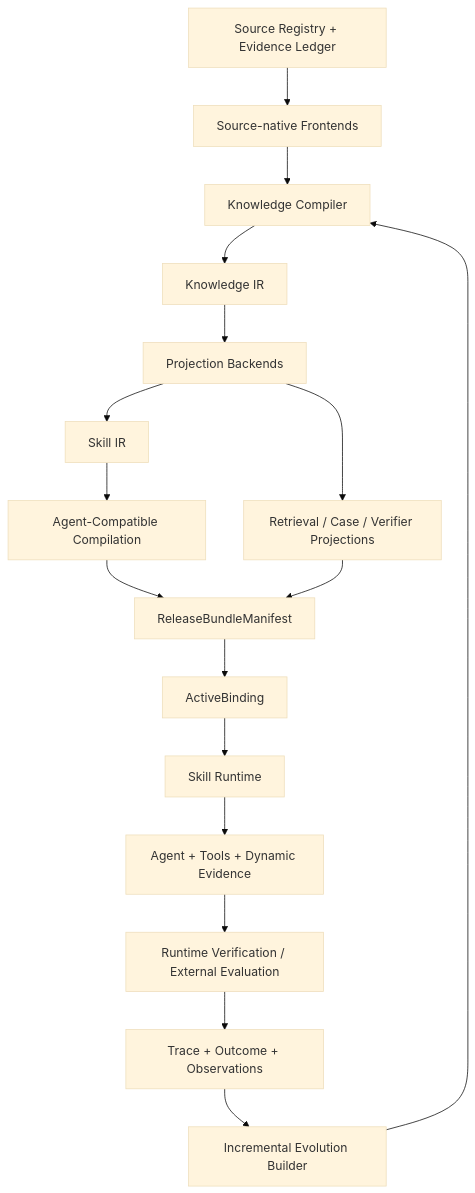
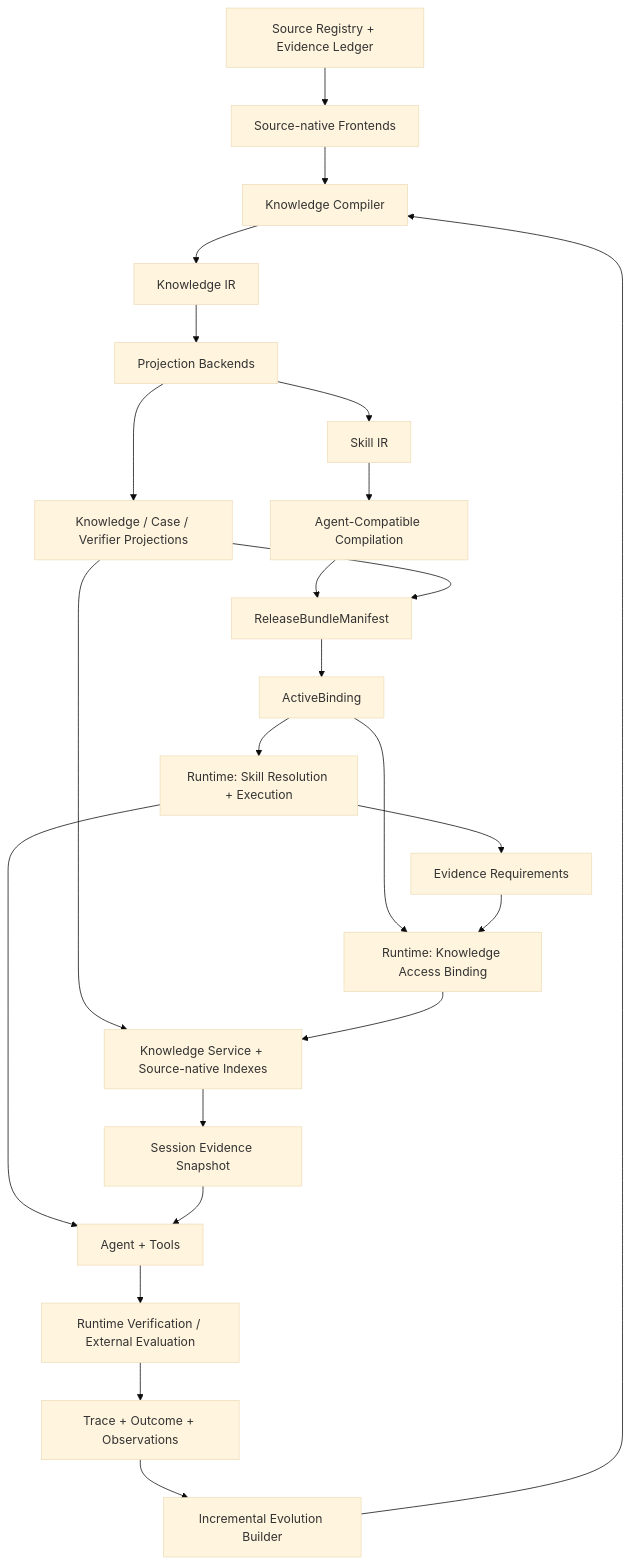
The diagram in docs/design_v03/SYSTEM_ARCHITECTURE_FREEZE_V1.md (qqnnhhdmpc666/expert-skill-distillation-prototype), drawn with Mermaid (base theme) before and after one commit. The commit also changed other lines of this file, not shown here.

Commit message:
Clarify skill knowledge runtime collaboration

````diff
--- a/docs/design_v03/SYSTEM_ARCHITECTURE_FREEZE_V1.md
+++ b/docs/design_v03/SYSTEM_ARCHITECTURE_FREEZE_V1.md
@@ -116,19 +124,26 @@
 ```mermaid
 flowchart TD
     S["Source Registry + Evidence Ledger"] --> F["Source-native Frontends"]
     F --> C["Knowledge Compiler"]
     C --> K["Knowledge IR"]
     K --> P["Projection Backends"]
     P --> SI["Skill IR"]
-    P --> RP["Retrieval / Case / Verifier Projections"]
+    P --> KP["Knowledge / Case / Verifier Projections"]
     SI --> AC["Agent-Compatible Compilation"]
     AC --> RB["ReleaseBundleManifest"]
-    RP --> RB
+    KP --> KS["Knowledge Service + Source-native Indexes"]
+    KP --> RB
     RB --> AB["ActiveBinding"]
-    AB --> R["Skill Runtime"]
-    R --> E["Agent + Tools + Dynamic Evidence"]
+    AB --> SR["Runtime: Skill Resolution + Execution"]
+    AB --> KA["Runtime: Knowledge Access Binding"]
+    SR --> ER["Evidence Requirements"]
+    ER --> KA
+    KA --> KS
+    KS --> SE["Session Evidence Snapshot"]
+    SR --> E["Agent + Tools"]
+    SE --> E
     E --> V["Runtime Verification / External Evaluation"]
     V --> T["Trace + Outcome + Observations"]
     T --> EV["Incremental Evolution Builder"]
     EV --> C
 ```
````
